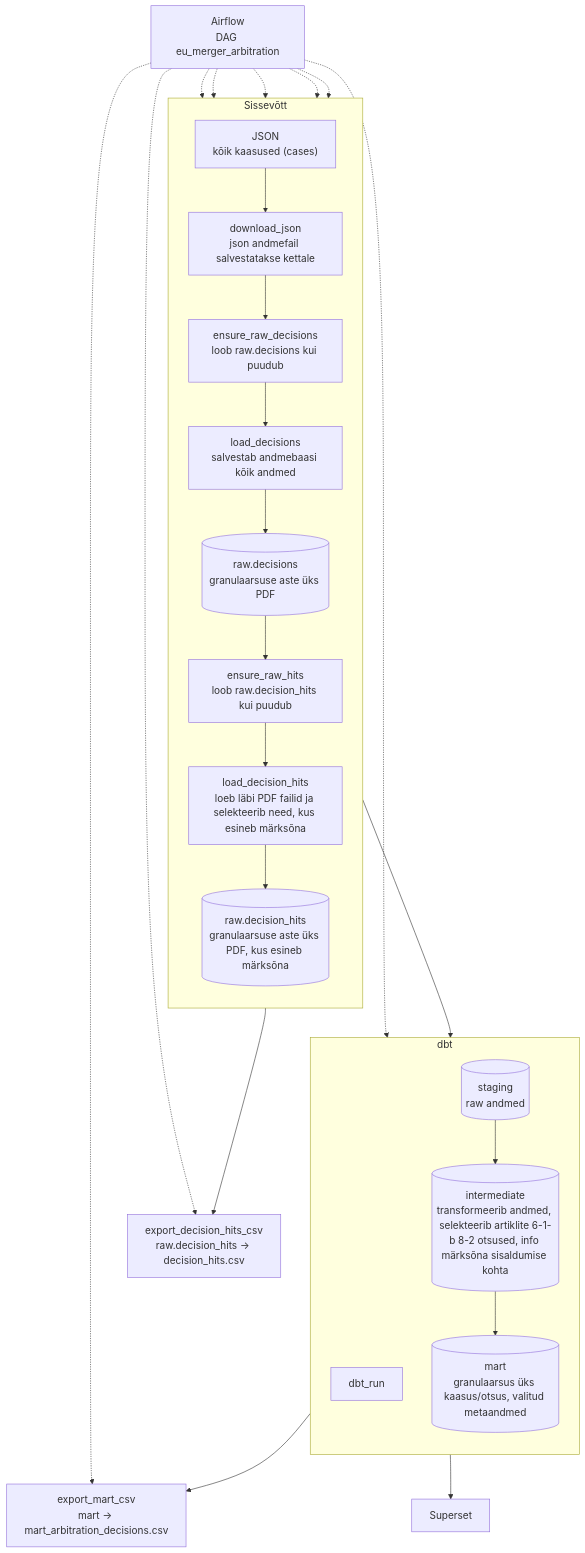
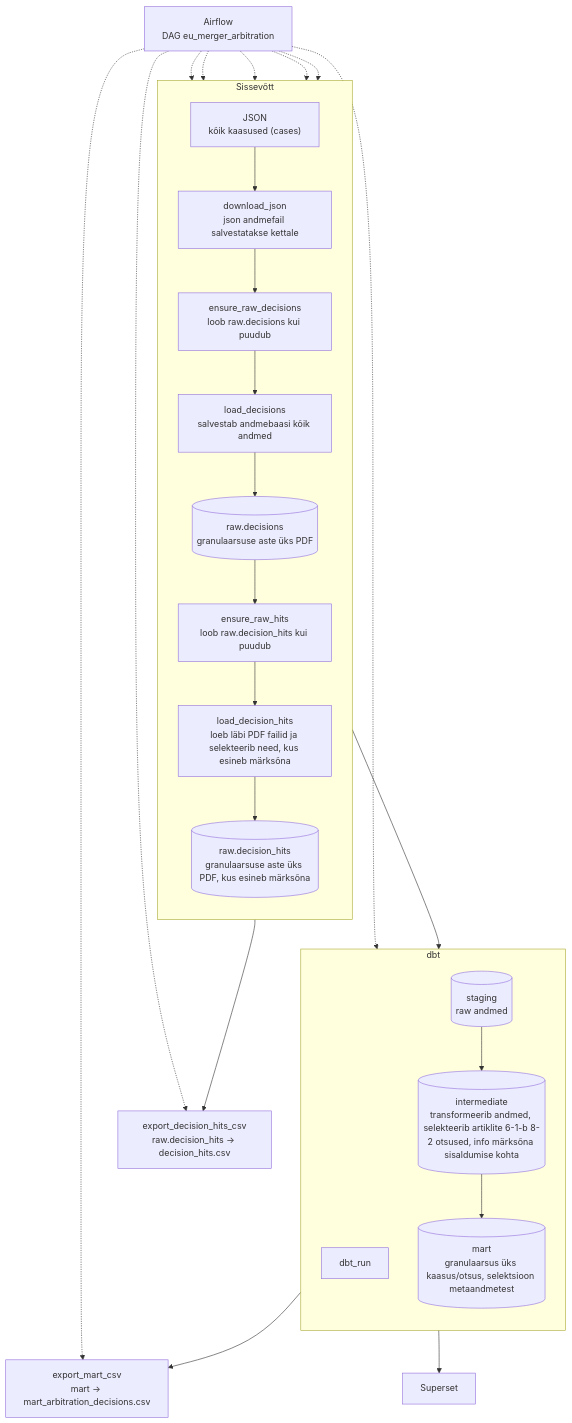
Before and after one commit to eu-merger-cases-analytics/eu-merger-arbitration-pipeline: the diagram in docs/architecture.md, drawn with Mermaid. The commit also changed other lines of this file and 4 other files, not shown here.

````diff
--- a/docs/architecture.md
+++ b/docs/architecture.md
@@ -31,43 +31,43 @@
 ```mermaid
-%%{init: {"themeVariables": {"fontSize": "17px"}}}%%
+%%{init: {"themeVariables": {"fontSize": "15px"}}}%%
 flowchart TB
     subgraph ing [Sissevõtt]
         direction TB
         ec["JSON<br/>kõik kaasused (cases)"]
         dl["download_json<br/>json andmefail salvestatakse kettale"]
         erD["ensure_raw_decisions<br/>loob raw.decisions kui puudub"]
         ld["load_decisions<br/>salvestab andmebaasi kõik andmed"]
         rawD[("raw.decisions<br/>granulaarsuse aste üks PDF")]
         erH["ensure_raw_hits<br/>loob raw.decision_hits kui puudub"]
         lh["load_decision_hits<br/>loeb läbi PDF failid ja selekteerib need, kus esineb märksõna"]
         rawH[("raw.decision_hits<br/>granulaarsuse aste üks PDF, kus esineb märksõna")]
         ec --> dl --> erD --> ld --> rawD --> erH --> lh --> rawH
     end
 
     subgraph dbtL [dbt]
         direction TB
         dbtRun[dbt_run]
         stg[("staging<br/>raw andmed")]
         inte[("intermediate<br/>transformeerib andmed, selekteerib artiklite 6-1-b 8-2 otsused, info märksõna sisaldumise kohta")]
-        mart[("mart<br/>granulaarsus üks kaasus/otsus, valitud metaandmed")]
+        mart[("mart<br/>granulaarsus üks kaasus/otsus, selektsioon metaandmetest")]
         stg --> inte --> mart
     end
 
     ss[Superset]
     expH["export_decision_hits_csv<br/>raw.decision_hits → decision_hits.csv"]
     expM["export_mart_csv<br/>mart → mart_arbitration_decisions.csv"]
     af["Airflow<br/>DAG eu_merger_arbitration"]
 
     rawH --> stg
     mart --> ss
     rawH --> expH
     mart --> expM
     af -.-> dl
     af -.-> erD
     af -.-> ld
     af -.-> erH
     af -.-> lh
     af -.-> dbtRun
     af -.-> expH
     af -.-> expM
 ```
````
